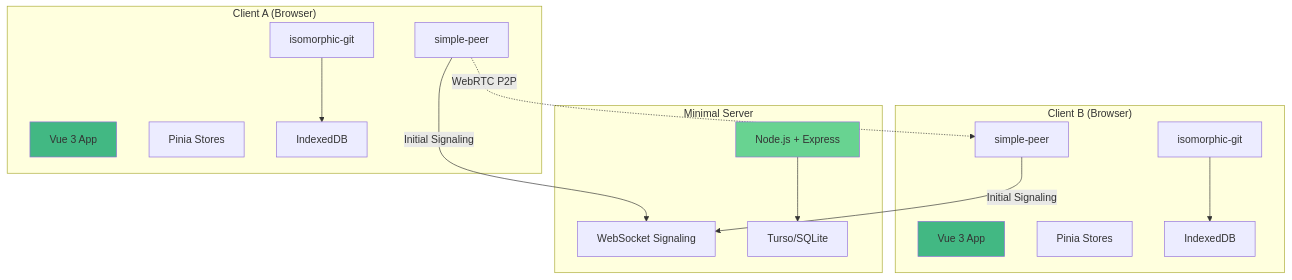
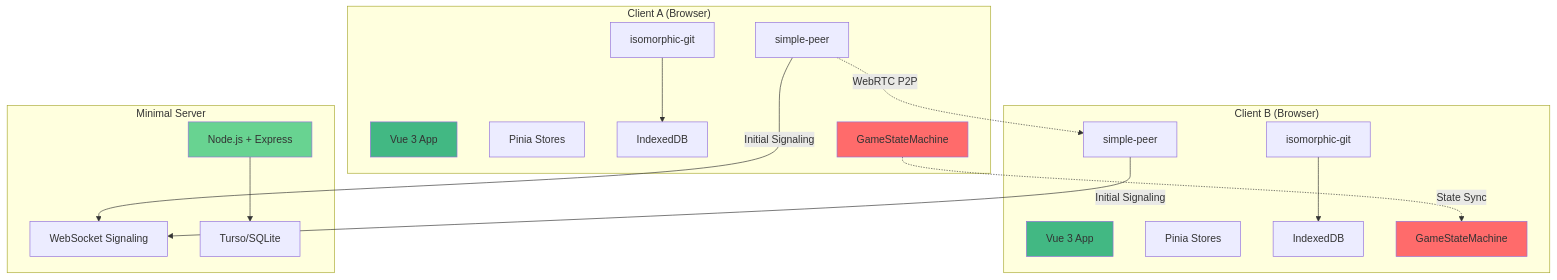
Before and after one commit to mrsimpson/strateturn: the first of 26 diagrams in docs/ARCHITECTURE.md, drawn with Mermaid. The commit also changed other lines of this file and 21 other files, not shown here.

````diff
--- a/docs/ARCHITECTURE.md
+++ b/docs/ARCHITECTURE.md
@@ -17,35 +18,40 @@
 ```mermaid
 graph TB
     subgraph "Client A (Browser)"
         A1[Vue 3 App]
         A2[Pinia Stores]
         A3[isomorphic-git]
         A4[IndexedDB]
         A5[simple-peer]
+        A6[GameStateMachine]
     end
     
     subgraph "Client B (Browser)"
         B1[Vue 3 App]
         B2[Pinia Stores]
         B3[isomorphic-git]
         B4[IndexedDB]
         B5[simple-peer]
+        B6[GameStateMachine]
     end
     
     subgraph "Minimal Server"
         S1[Node.js + Express]
         S2[WebSocket Signaling]
         S3[Turso/SQLite]
     end
     
     A5 -.->|WebRTC P2P| B5
     A5 -->|Initial Signaling| S2
     B5 -->|Initial Signaling| S2
     S1 --> S3
     A3 --> A4
     B3 --> B4
+    A6 -.->|State Sync| B6
     
     style A1 fill:#42b883
     style B1 fill:#42b883
     style S1 fill:#68d391
+    style A6 fill:#ff6b6b
+    style B6 fill:#ff6b6b
 ```
````
